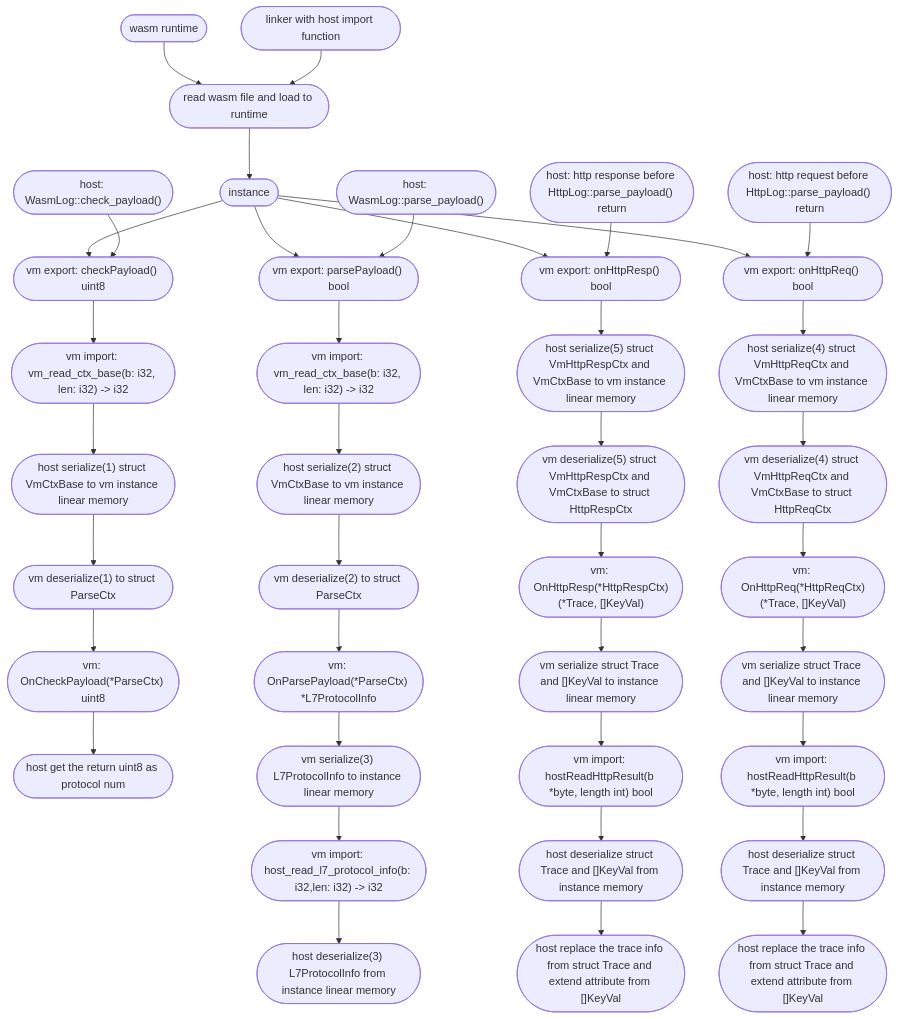
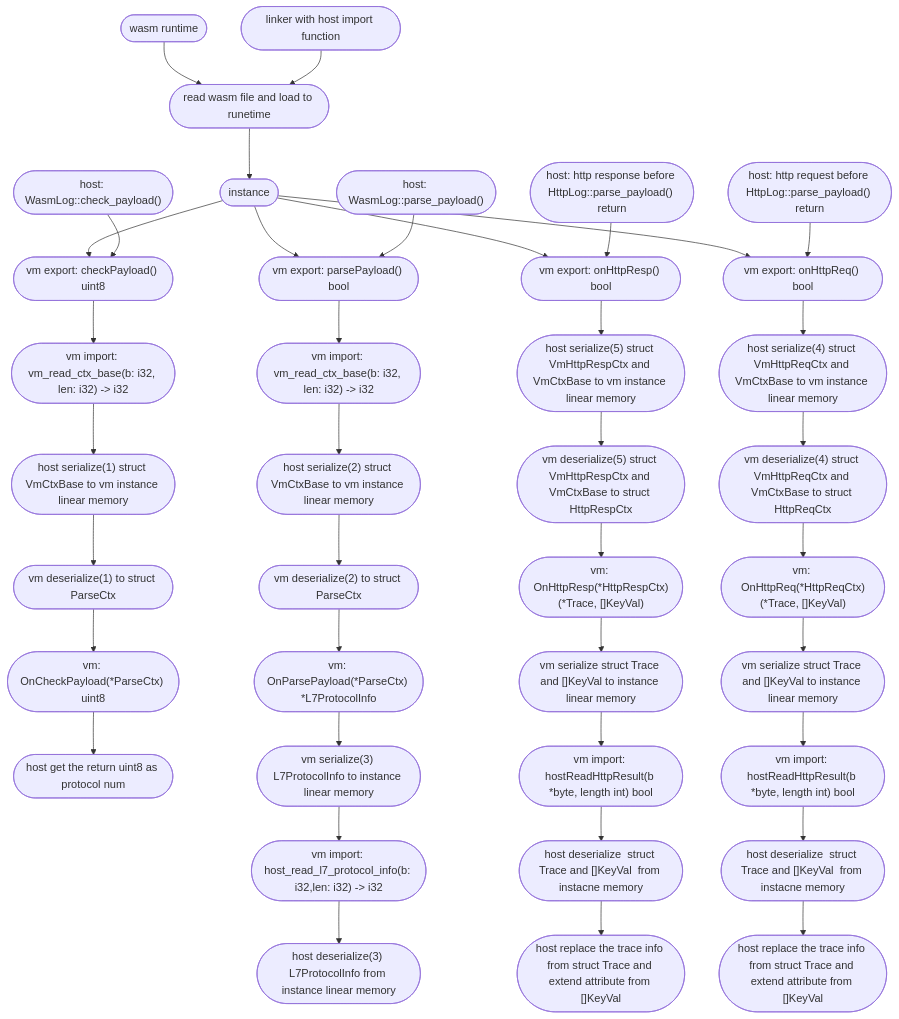
One commit to deepflowio/docs changed the diagram in translate/translated/07-integration/01-process/01-wasm-plugin.md. Above: the diagram before and after it, drawn with Mermaid. The commit also changed other lines of this file and 67 other files, not shown here.

````diff
--- a/translate/translated/07-integration/01-process/01-wasm-plugin.md
+++ b/translate/translated/07-integration/01-process/01-wasm-plugin.md
@@ -209,49 +209,49 @@
 ```mermaid
 graph TB;
 
   id2(["linker with host import function"]);
 
   id1(["wasm runtime"]);
 
-  id3(["read wasm file and load to runtime"])-->id4(["instance"]);
+  id3(["read wasm file and load to runetime"])-->id4(["instance"]);
 
   id1-->id3;
 
   id2-->id3;
 
   id4-->id5(["vm export: checkPayload() uint8 "]);
   id4-->id6(["vm export: parsePayload() bool "]);
   id4-->id7(["vm export: onHttpResp() bool "]);
   id4-->id8(["vm export: onHttpReq() bool "]);
 
   id9(["host: WasmLog::check_payload()"]) --> id5 -->
   id11(["vm import: vm_read_ctx_base(b: i32, len: i32) -> i32 "]) -->
   id12(["host serialize(1) struct VmCtxBase to vm instance linear memory"]) -->
   id13(["vm deserialize(1) to struct ParseCtx"]) --> id14(["vm: OnCheckPayload(*ParseCtx) uint8"])-->
   id15(["host get the return uint8 as protocol num"]);
 
   id16(["host: WasmLog::parse_payload()"]) --> id6 -->
   id19(["vm import: vm_read_ctx_base(b: i32, len: i32) -> i32 "]) -->
   id20(["host serialize(2) struct VmCtxBase to vm instance linear memory"])--> id21(["vm deserialize(2) to struct ParseCtx"]) -->
   id22(["vm: OnParsePayload(*ParseCtx) *L7ProtocolInfo"]) --> id23(["vm serialize(3) L7ProtocolInfo to instance linear memory"])-->
   id24(["vm import: host_read_l7_protocol_info(b: i32,len: i32) -> i32  "]) -->
   id25(["host deserialize(3) L7ProtocolInfo from instance linear memory"]);
 
   id26(["host: http request before HttpLog::parse_payload() return"]) --> id8 -->
   id28(["host serialize(4) struct VmHttpReqCtx and VmCtxBase to vm instance linear memory"]) -->
   id29(["vm deserialize(4) struct VmHttpReqCtx and VmCtxBase to struct HttpReqCtx"])-->
   id30(["vm: OnHttpReq(*HttpReqCtx)(*Trace, []KeyVal)"]) -->
   id31(["vm serialize struct Trace and []KeyVal to instance linear memory"])-->
   id32(["vm import: hostReadHttpResult(b *byte, length int) bool"])-->
-  id33(["host deserialize struct Trace and []KeyVal from instance memory"])-->
+  id33(["host deserialize  struct Trace and []KeyVal  from instacne memory"])-->
   id34(["host replace the trace info from struct Trace and extend attribute from []KeyVal"]);
 
   id35(["host: http response before HttpLog::parse_payload() return"]) --> id7 -->
   id37(["host serialize(5) struct VmHttpRespCtx and VmCtxBase to vm instance linear memory"]) -->
   id38(["vm deserialize(5) struct VmHttpRespCtx and VmCtxBase to struct HttpRespCtx"])-->
   id39(["vm: OnHttpResp(*HttpRespCtx)(*Trace, []KeyVal)"]) -->
   id40(["vm serialize struct Trace and []KeyVal to instance linear memory"])-->
   id41(["vm import: hostReadHttpResult(b *byte, length int) bool"])-->
-  id42(["host deserialize struct Trace and []KeyVal from instance memory"])-->
+  id42(["host deserialize  struct Trace and []KeyVal  from instacne memory"])-->
   id43(["host replace the trace info from struct Trace and extend attribute from []KeyVal"]);
 ```
````
